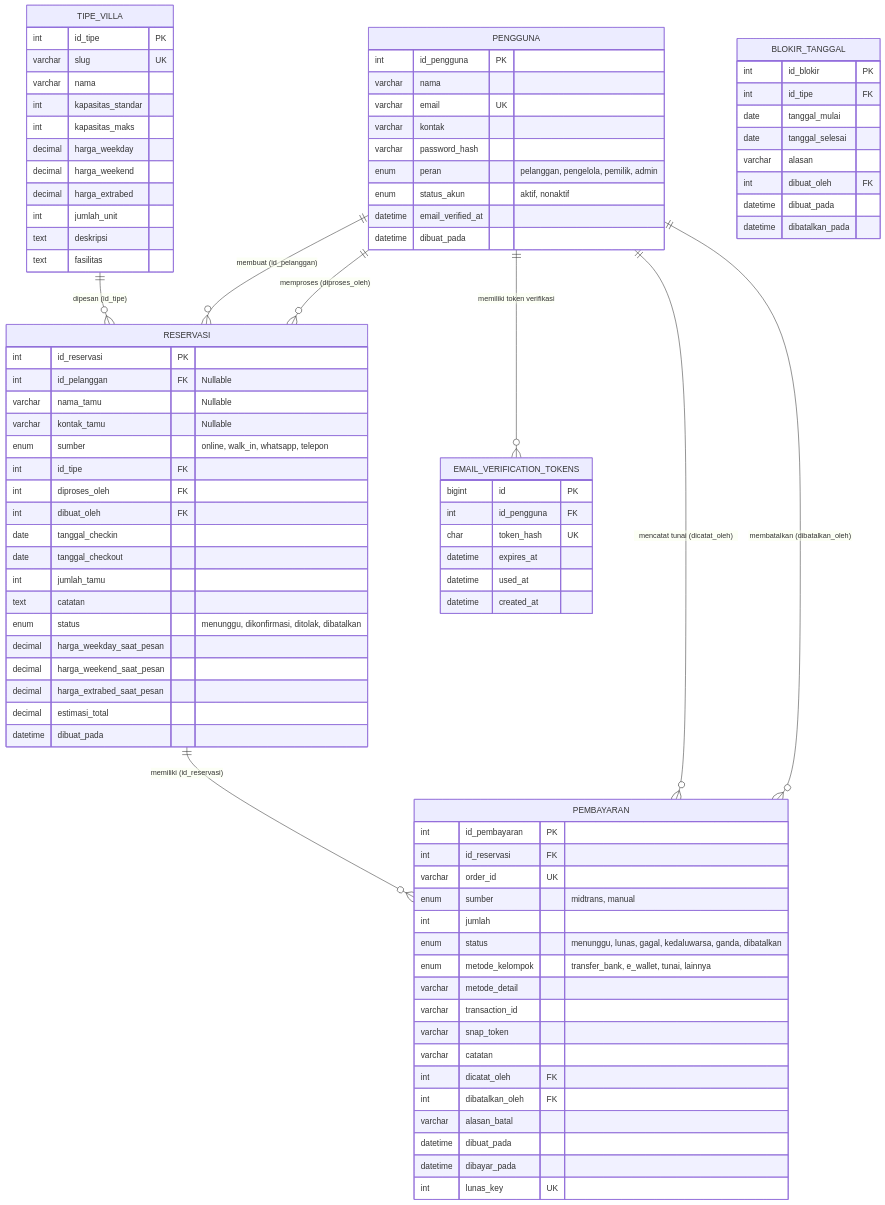
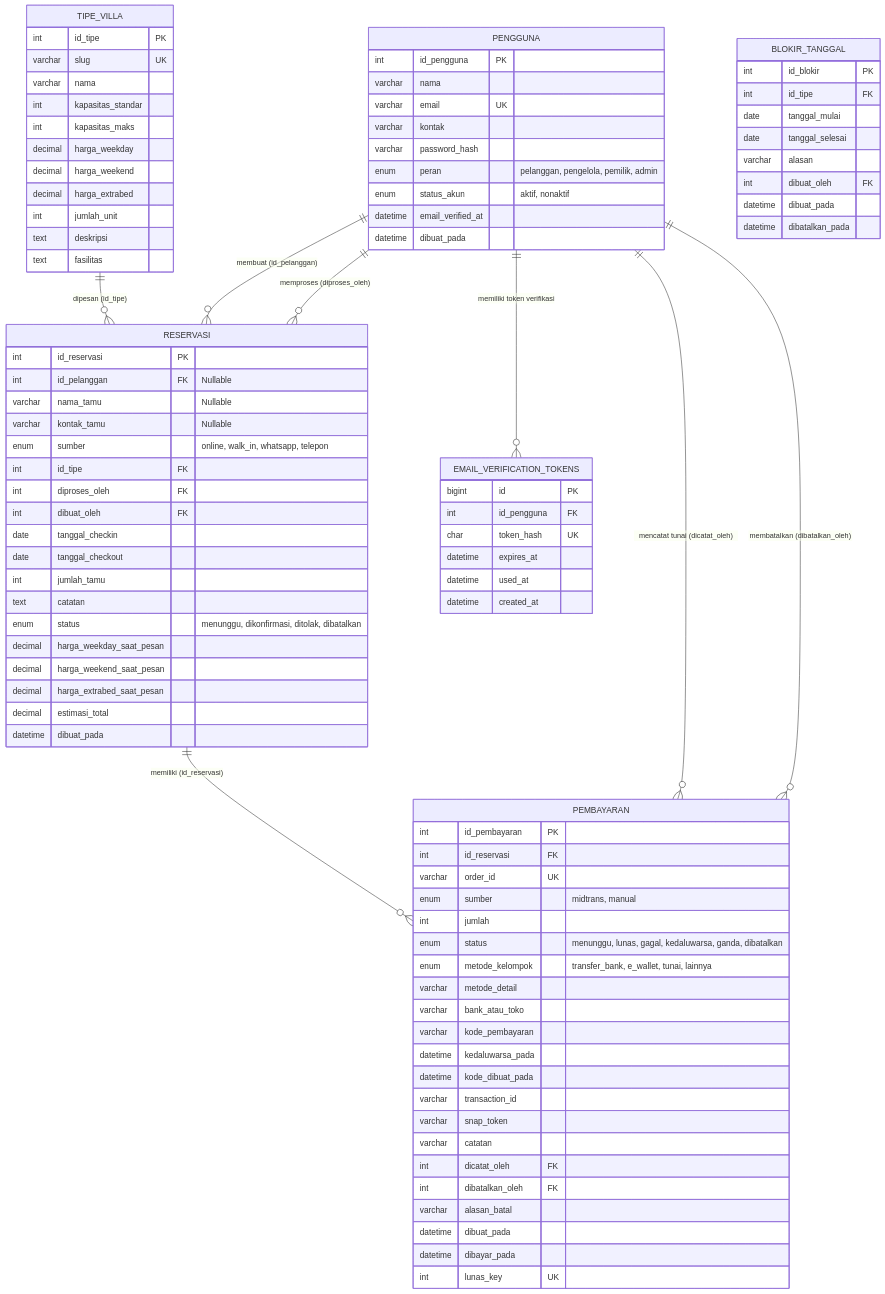
The diagram in docs/STRUKTUR_DATABASE.md (farhan123853/Proyek3), drawn with Mermaid before and after one commit. The commit also changed other lines of this file and 3 other files, not shown here.

Commit message:
feat(database): migrasi 005 penambahan kolom virtual account dan kode pembayaran

```diff
--- a/docs/STRUKTUR_DATABASE.md
+++ b/docs/STRUKTUR_DATABASE.md
@@ -92,6 +92,10 @@
         enum status "menunggu, lunas, gagal, kedaluwarsa, ganda, dibatalkan"
         enum metode_kelompok "transfer_bank, e_wallet, tunai, lainnya"
         varchar metode_detail
+        varchar bank_atau_toko
+        varchar kode_pembayaran
+        datetime kedaluwarsa_pada
+        datetime kode_dibuat_pada
         varchar transaction_id
         varchar snap_token
         varchar catatan
```
